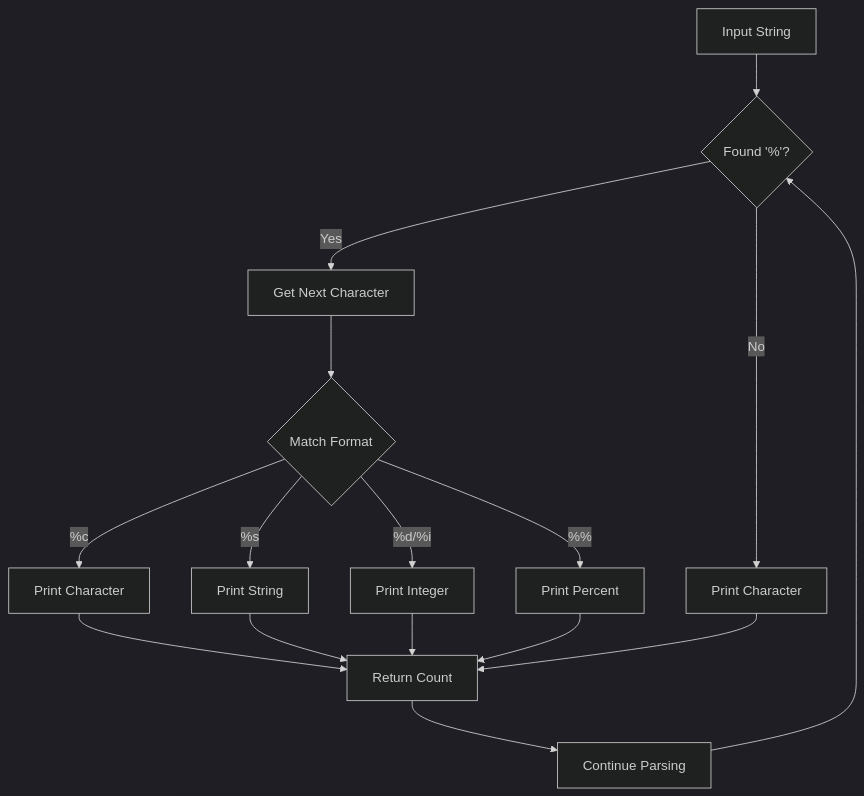
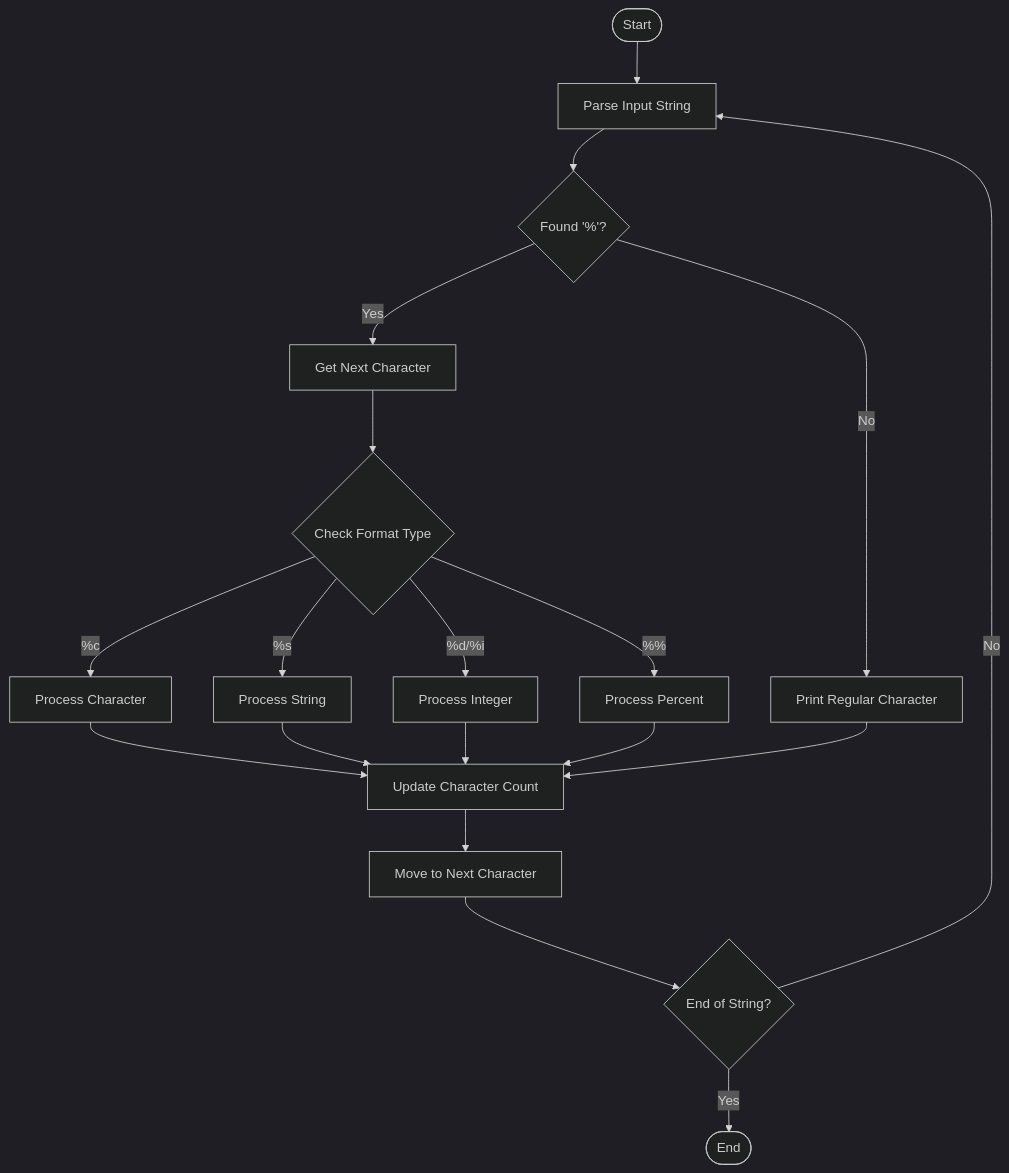
Before and after one commit to neodwin/holbertonschool-printf: the diagram in README.md, drawn with Mermaid (dark theme). The commit also changed other lines of this file, not shown here.

Commit message:
Update flowchart README

````diff
--- a/README.md
+++ b/README.md
@@ -100,18 +100,26 @@
 ```mermaid
 flowchart TD
-    A[Input String] --> B{Found '%'?}
-    B -->|No| C[Print Character]
-    B -->|Yes| D[Get Next Character]
-    D --> E{Match Format}
-    E -->|%c| F[Print Character]
-    E -->|%s| G[Print String]
-    E -->|%d/%i| H[Print Integer]
-    E -->|%%| I[Print Percent]
-    F --> J[Return Count]
-    G --> J
-    H --> J
-    I --> J
-    C --> J
-    J --> K[Continue Parsing]
-    K --> B
+    Start([Start]) --> Process[Parse Input String]
+    Process --> Decision{Found '%'?}
+    
+    Decision -->|No| Print[Print Regular Character]
+    Decision -->|Yes| GetNext[Get Next Character]
+    
+    GetNext --> FormatCheck{Check Format Type}
+    
+    FormatCheck -->|%c| CharProcess[Process Character]
+    FormatCheck -->|%s| StringProcess[Process String]
+    FormatCheck -->|%d/%i| IntProcess[Process Integer]
+    FormatCheck -->|%%| PercentProcess[Process Percent]
+    
+    CharProcess --> Count[Update Character Count]
+    StringProcess --> Count
+    IntProcess --> Count
+    PercentProcess --> Count
+    Print --> Count
+    
+    Count --> NextChar[Move to Next Character]
+    NextChar --> EndCheck{End of String?}
+    EndCheck -->|No| Process
+    EndCheck -->|Yes| End([End])
 ```
````
